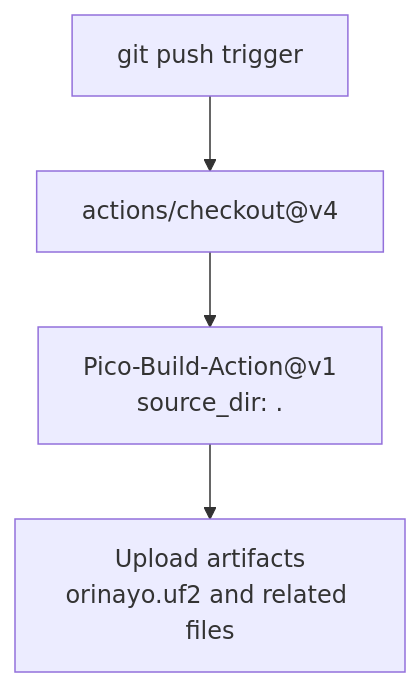
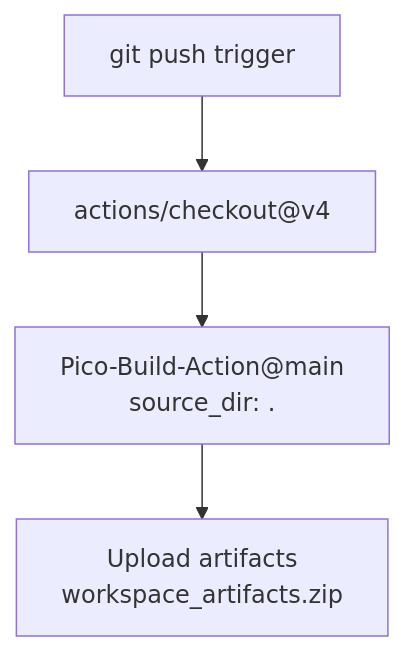
One commit to Jus-Be/orinayo-pico changed the fifth of 5 diagrams in wiki/2-getting-started.md. Above: the diagram before and after it, drawn with Mermaid. The commit also changed other lines of this file and 42 other files, not shown here.

````diff
--- a/wiki/2-getting-started.md
+++ b/wiki/2-getting-started.md
@@ -253,12 +291,12 @@
 ```mermaid
 flowchart TD
 
 Push["git push trigger"]
 Checkout["actions/checkout@v4"]
-Build["Pico-Build-Action@v1<br>source_dir: ."]
-Artifacts["Upload artifacts<br>orinayo.uf2 and related files"]
+Build["Pico-Build-Action@main<br>source_dir: ."]
+Artifacts["Upload artifacts<br>workspace_artifacts.zip"]
 
 Push --> Checkout
 Checkout --> Build
 Build --> Artifacts
 ```
````
